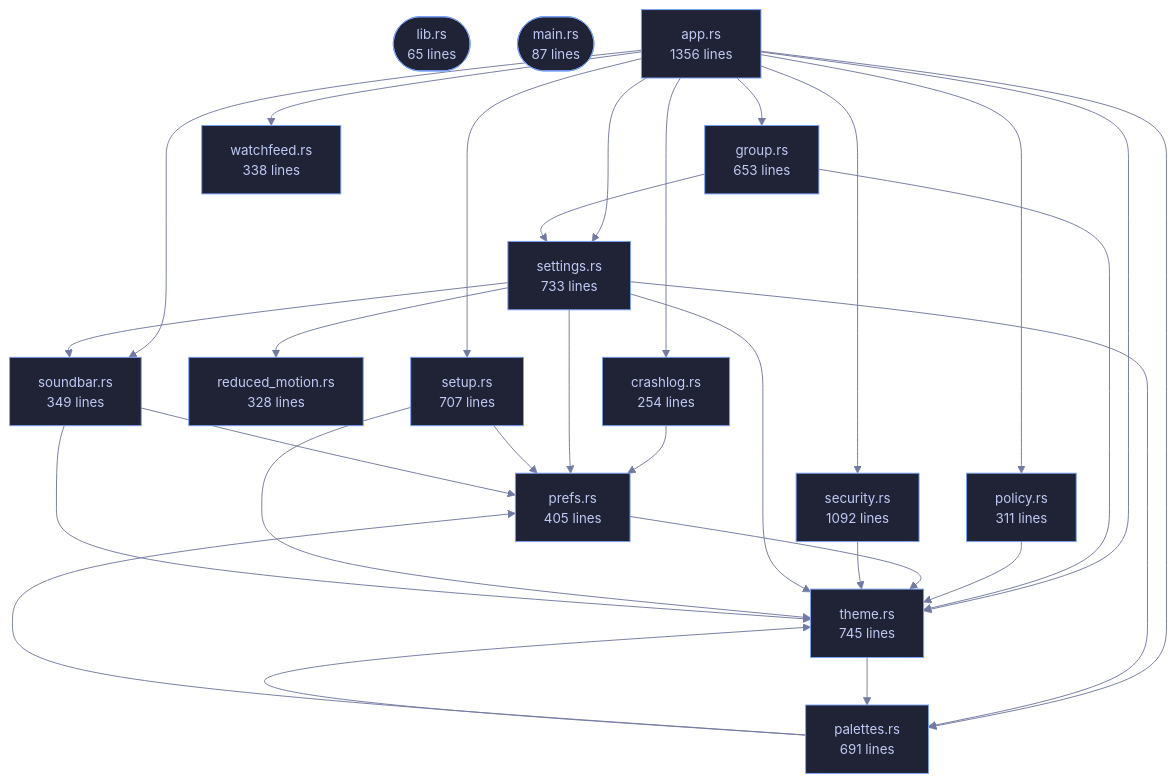
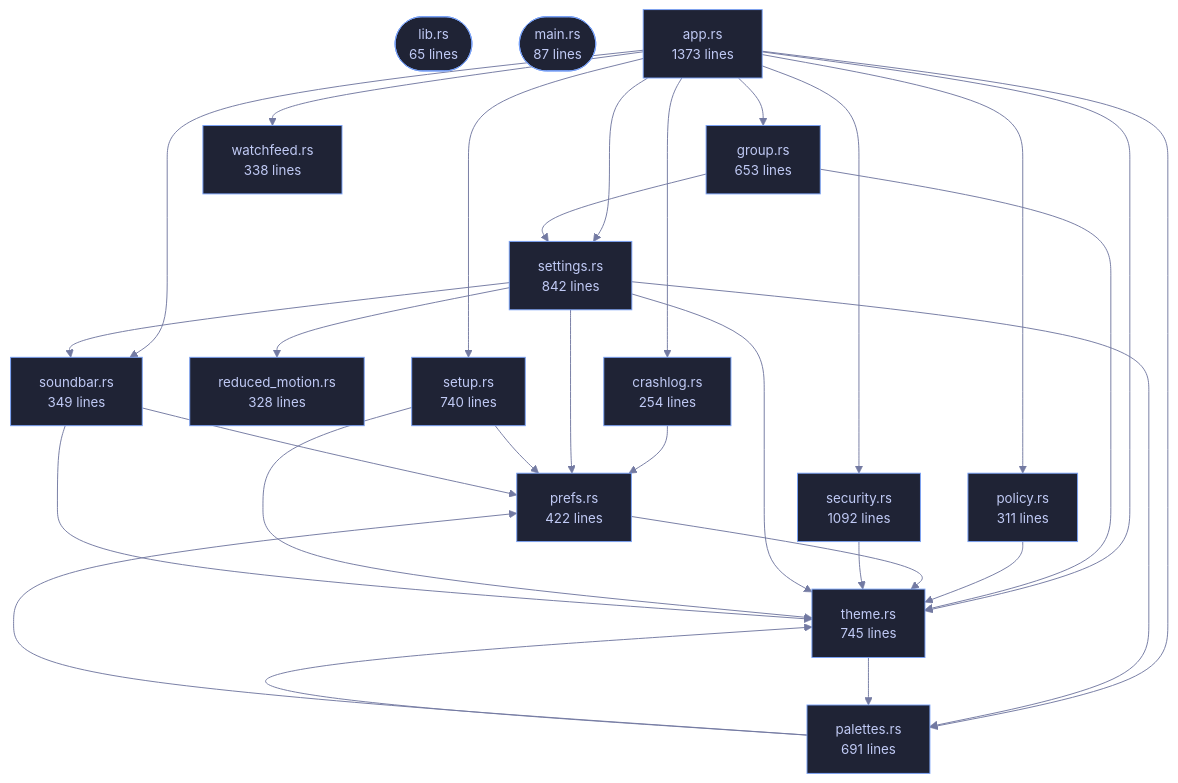
One commit to tilas01/veilvoice changed the diagram in crates/veilvoice-gui/README.md. Above: the diagram before and after it, drawn with Mermaid. The commit also changed other lines of this file and 26 other files, not shown here.

````diff
--- a/crates/veilvoice-gui/README.md
+++ b/crates/veilvoice-gui/README.md
@@ -81,62 +81,62 @@
 ```mermaid
 %%{init: {"theme":"base","themeVariables":{"background":"#1a1b26","primaryColor":"#1f2335","primaryTextColor":"#c0caf5","primaryBorderColor":"#7aa2f7","secondaryColor":"#16161e","tertiaryColor":"#16161e","lineColor":"#737aa2","textColor":"#c0caf5","mainBkg":"#1f2335","nodeBorder":"#7aa2f7","clusterBkg":"#16161e","clusterBorder":"#2f3549","fontFamily":"ui-monospace, SFMono-Regular, Consolas, monospace","fontSize":"14px"}}}%%
 flowchart TD
     n_lib(["lib.rs<br/>65 lines"])
     n_main(["main.rs<br/>87 lines"])
-    n_app["app.rs<br/>1356 lines"]
+    n_app["app.rs<br/>1373 lines"]
     n_crashlog["crashlog.rs<br/>254 lines"]
     n_group["group.rs<br/>653 lines"]
     n_palettes["palettes.rs<br/>691 lines"]
     n_policy["policy.rs<br/>311 lines"]
-    n_prefs["prefs.rs<br/>405 lines"]
+    n_prefs["prefs.rs<br/>422 lines"]
     n_reduced_motion["reduced_motion.rs<br/>328 lines"]
     n_security["security.rs<br/>1092 lines"]
-    n_settings["settings.rs<br/>733 lines"]
-    n_setup["setup.rs<br/>707 lines"]
+    n_settings["settings.rs<br/>842 lines"]
+    n_setup["setup.rs<br/>740 lines"]
     n_soundbar["soundbar.rs<br/>349 lines"]
     n_theme["theme.rs<br/>745 lines"]
     n_watchfeed["watchfeed.rs<br/>338 lines"]
     n_app --> n_crashlog
     n_app --> n_group
     n_app --> n_palettes
     n_app --> n_policy
     n_app --> n_security
     n_app --> n_settings
     n_app --> n_setup
     n_app --> n_soundbar
     n_app --> n_theme
     n_app --> n_watchfeed
     n_crashlog --> n_prefs
     n_group --> n_settings
     n_group --> n_theme
     n_palettes --> n_prefs
     n_palettes --> n_theme
     n_policy --> n_theme
     n_prefs --> n_theme
     n_security --> n_theme
     n_settings --> n_palettes
     n_settings --> n_prefs
     n_settings --> n_reduced_motion
     n_settings --> n_soundbar
     n_settings --> n_theme
     n_setup --> n_prefs
     n_setup --> n_theme
     n_soundbar --> n_prefs
     n_soundbar --> n_theme
     n_theme --> n_palettes
     click n_lib href "https://github.com/tilas01/veilvoice/blob/main/crates/veilvoice-gui/src/lib.rs" "open the source"
     click n_main href "https://github.com/tilas01/veilvoice/blob/main/crates/veilvoice-gui/src/main.rs" "open the source"
     click n_app href "https://github.com/tilas01/veilvoice/blob/main/crates/veilvoice-gui/src/app.rs" "open the source"
     click n_crashlog href "https://github.com/tilas01/veilvoice/blob/main/crates/veilvoice-gui/src/crashlog.rs" "open the source"
     click n_group href "https://github.com/tilas01/veilvoice/blob/main/crates/veilvoice-gui/src/group.rs" "open the source"
     click n_palettes href "https://github.com/tilas01/veilvoice/blob/main/crates/veilvoice-gui/src/palettes.rs" "open the source"
     click n_policy href "https://github.com/tilas01/veilvoice/blob/main/crates/veilvoice-gui/src/policy.rs" "open the source"
     click n_prefs href "https://github.com/tilas01/veilvoice/blob/main/crates/veilvoice-gui/src/prefs.rs" "open the source"
     click n_reduced_motion href "https://github.com/tilas01/veilvoice/blob/main/crates/veilvoice-gui/src/reduced_motion.rs" "open the source"
     click n_security href "https://github.com/tilas01/veilvoice/blob/main/crates/veilvoice-gui/src/security.rs" "open the source"
     click n_settings href "https://github.com/tilas01/veilvoice/blob/main/crates/veilvoice-gui/src/settings.rs" "open the source"
     click n_setup href "https://github.com/tilas01/veilvoice/blob/main/crates/veilvoice-gui/src/setup.rs" "open the source"
     click n_soundbar href "https://github.com/tilas01/veilvoice/blob/main/crates/veilvoice-gui/src/soundbar.rs" "open the source"
     click n_theme href "https://github.com/tilas01/veilvoice/blob/main/crates/veilvoice-gui/src/theme.rs" "open the source"
     click n_watchfeed href "https://github.com/tilas01/veilvoice/blob/main/crates/veilvoice-gui/src/watchfeed.rs" "open the source"
 ```
````
